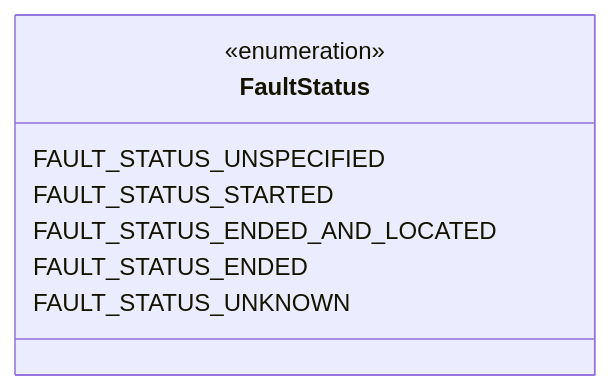
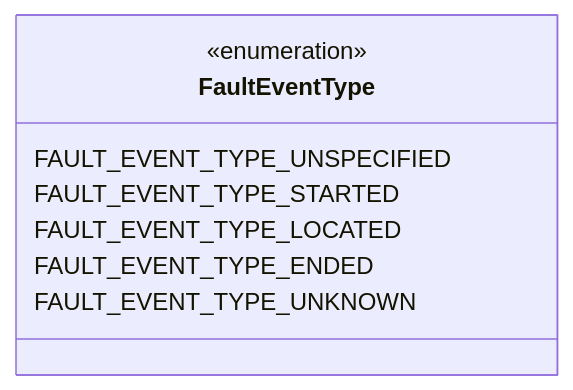
Before and after one commit to zaphiro-technologies/protobuf: the third of 7 diagrams in docs/fault.proto.md, drawn with Mermaid. The commit also changed other lines of this file and 5 other files, not shown here.

First line of the commit message:
Fault messages as set of events, rather than single event with multiple status (#63)

````diff
--- a/docs/fault.proto.md
+++ b/docs/fault.proto.md
@@ -168,14 +168,14 @@
 ```mermaid
 classDiagram
 direction LR
-%% The collection of Fault Status defined so far.
+%% The collection of Fault Event Types defined so far.
 
-class FaultStatus{
+class FaultEventType{
   <<enumeration>>
-  FAULT_STATUS_UNSPECIFIED
-  FAULT_STATUS_STARTED
-  FAULT_STATUS_ENDED_AND_LOCATED
-  FAULT_STATUS_ENDED
-  FAULT_STATUS_UNKNOWN
+  FAULT_EVENT_TYPE_UNSPECIFIED
+  FAULT_EVENT_TYPE_STARTED
+  FAULT_EVENT_TYPE_LOCATED
+  FAULT_EVENT_TYPE_ENDED
+  FAULT_EVENT_TYPE_UNKNOWN
 }
 ```
````
